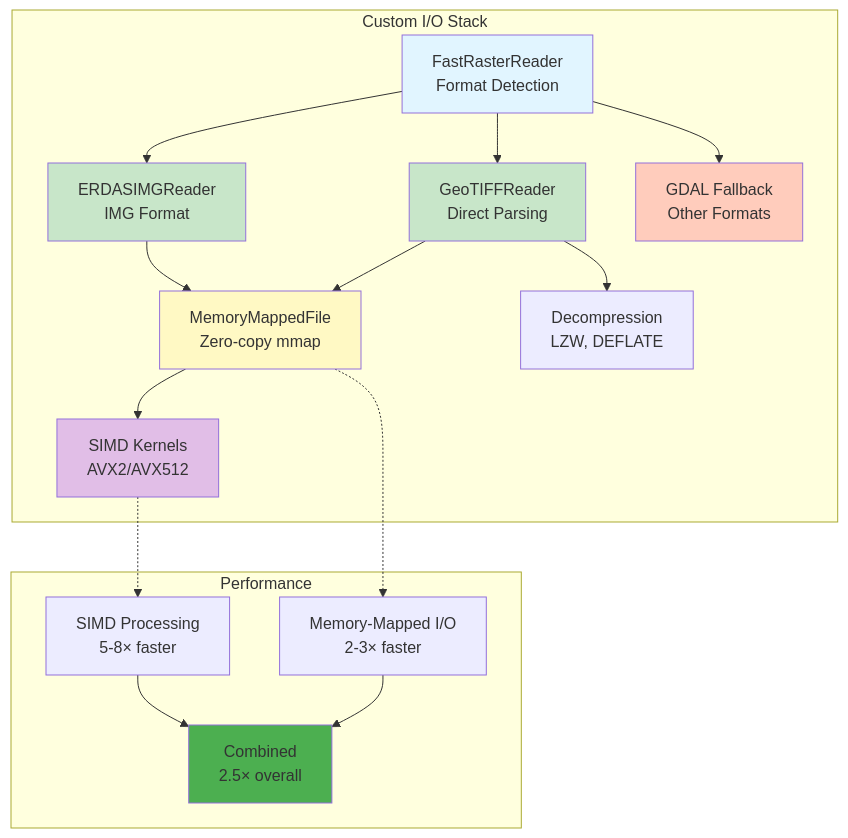
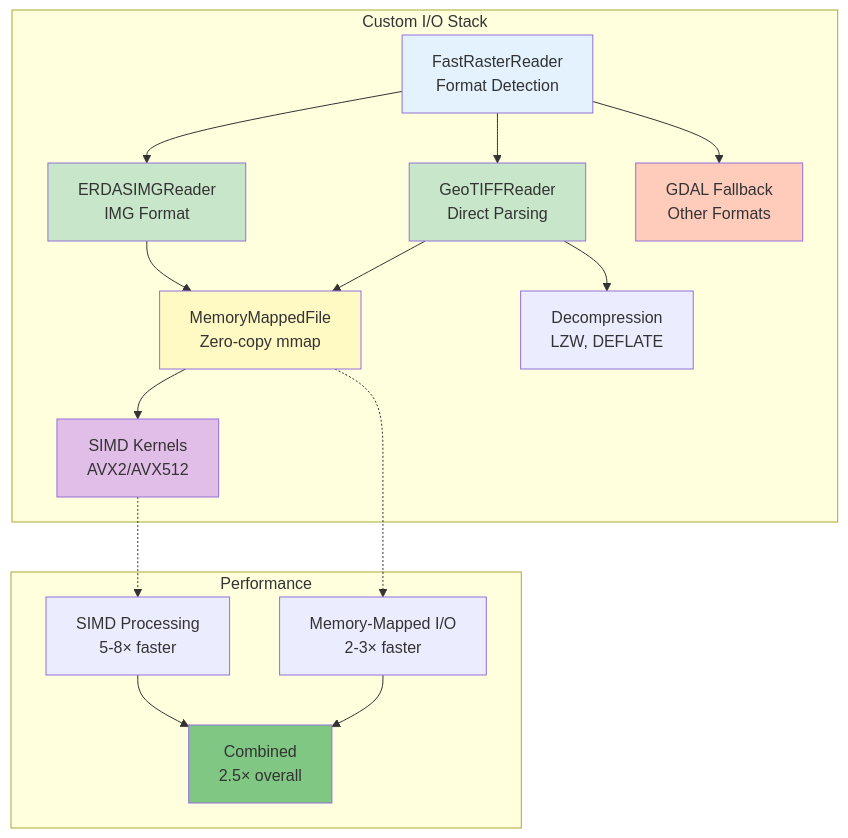
One commit to Anmol-STRS/TerrainBuilderI-0 changed the fifth of 18 diagrams in docs/overview_diagrams.md. Above: the diagram before and after it, drawn with Mermaid. The commit also changed other lines of this file and 20 other files, not shown here.

````diff
--- a/docs/overview_diagrams.md
+++ b/docs/overview_diagrams.md
@@ -200,44 +200,44 @@
 ```mermaid
 graph TB
     subgraph "Custom I/O Stack"
         A[FastRasterReader<br/>Format Detection]
         
         B[GeoTIFFReader<br/>Direct Parsing]
         C[ERDASIMGReader<br/>IMG Format]
         D[GDAL Fallback<br/>Other Formats]
         
         E[MemoryMappedFile<br/>Zero-copy mmap]
         F[SIMD Kernels<br/>AVX2/AVX512]
         
         G[Decompression<br/>LZW, DEFLATE]
     end
     
     A --> B
     A --> C
     A --> D
     
     B --> E
     B --> G
     C --> E
     
     E --> F
     
     subgraph "Performance"
         H[Memory-Mapped I/O<br/>2-3× faster]
         I[SIMD Processing<br/>5-8× faster]
         J[Combined<br/>2.5× overall]
     end
     
     E -.-> H
     F -.-> I
     H --> J
     I --> J
     
-    style A fill:#e1f5ff
-    style B fill:#c8e6c9
-    style C fill:#c8e6c9
-    style D fill:#ffccbc
-    style E fill:#fff9c4
-    style F fill:#e1bee7
-    style J fill:#4caf50
+    style A fill:#E3F2FD
+    style B fill:#C8E6C9
+    style C fill:#C8E6C9
+    style D fill:#FFCCBC
+    style E fill:#FFF9C4
+    style F fill:#E1BEE7
+    style J fill:#81C784
 ```
````
